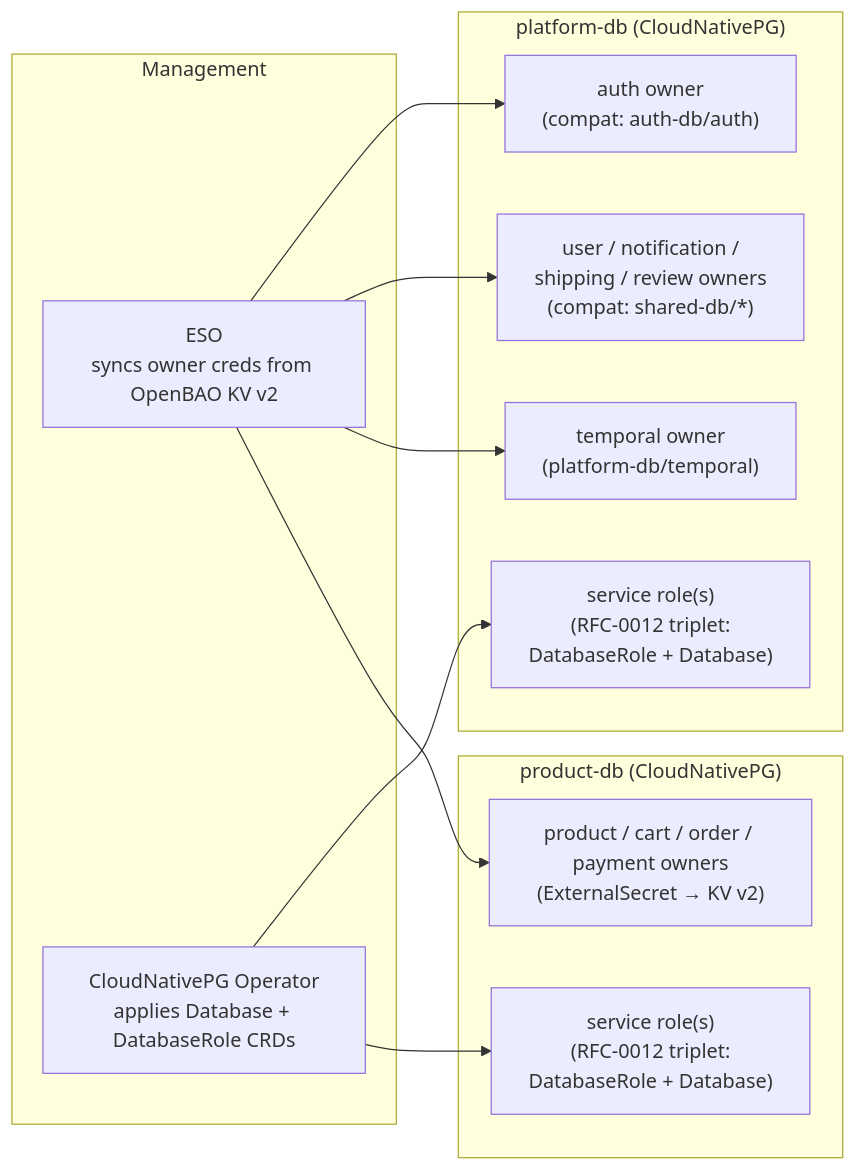
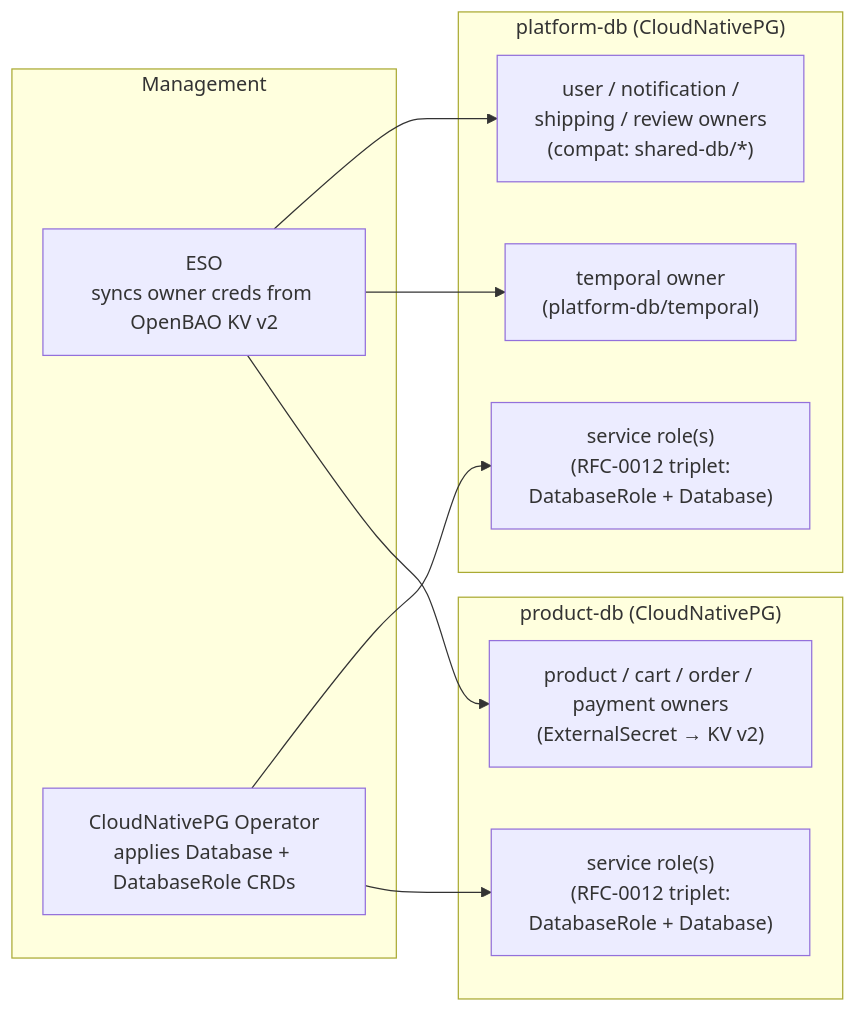
One commit to duynhlab/homelab changed diagram 14 of 19 in docs/secrets/openbao.md. Above: the diagram before and after it, drawn with Mermaid. The commit also changed other lines of this file and 18 other files, not shown here.

````diff
--- a/docs/secrets/openbao.md
+++ b/docs/secrets/openbao.md
@@ -669,22 +670,21 @@
 ```mermaid
 flowchart LR
     subgraph cnpg_platform["platform-db (CloudNativePG)"]
-        p_auth["auth owner\n(compat: auth-db/auth)"]
         p_shared["user / notification /\nshipping / review owners\n(compat: shared-db/*)"]
         p_temporal["temporal owner\n(platform-db/temporal)"]
         p_roles["service role(s)\n(RFC-0012 triplet:\nDatabaseRole + Database)"]
     end
 
     subgraph cnpg_product["product-db (CloudNativePG)"]
         prod_owners["product / cart / order / payment owners\n(ExternalSecret → KV v2)"]
         prod_roles["service role(s)\n(RFC-0012 triplet:\nDatabaseRole + Database)"]
     end
 
     subgraph management["Management"]
         eso_mgr["ESO\nsyncs owner creds from OpenBAO KV v2"]
         cnpg_op["CloudNativePG Operator\napplies Database + DatabaseRole CRDs"]
     end
 
-    eso_mgr --> p_auth & p_shared & p_temporal & prod_owners
+    eso_mgr --> p_shared & p_temporal & prod_owners
     cnpg_op --> p_roles & prod_roles
 ```
````
